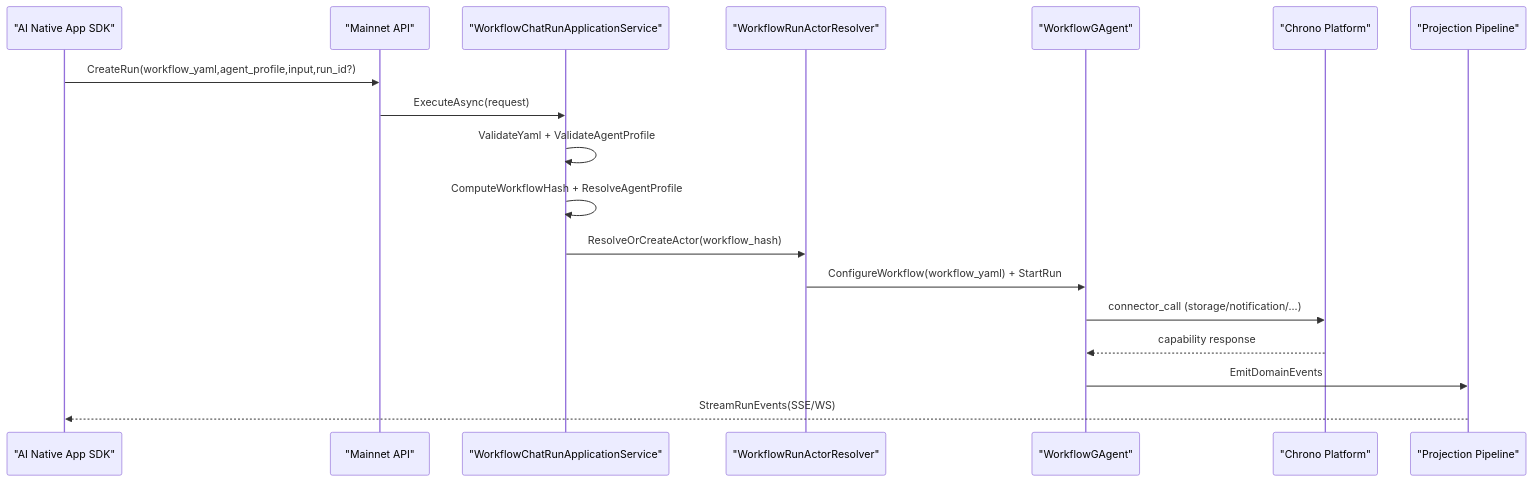
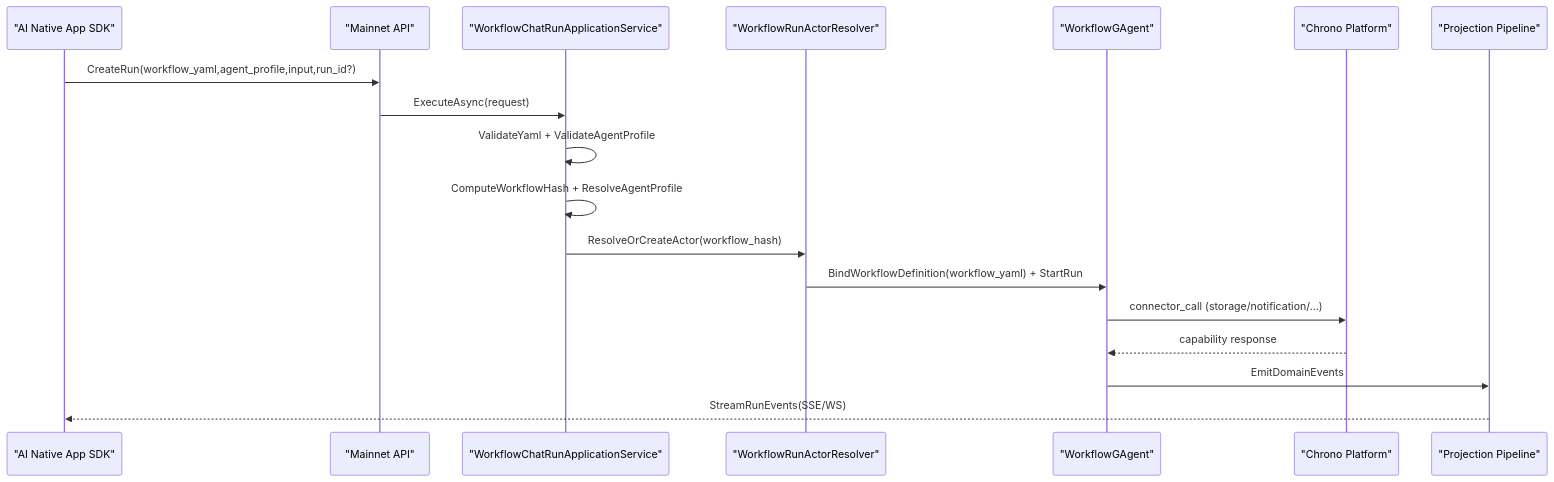
Before and after one commit to aevatarAI/aevatar: diagram 18 of 19 in docs/architecture/AEVATAR_MAINNET_ARCHITECTURE.md, drawn with Mermaid. The commit also changed other lines of this file and 20 other files, not shown here.

First line of the commit message:
Refactor workflow event handling to use BindWorkflowDefinitionEvent

````diff
--- a/docs/architecture/AEVATAR_MAINNET_ARCHITECTURE.md
+++ b/docs/architecture/AEVATAR_MAINNET_ARCHITECTURE.md
@@ -1529,22 +1529,22 @@
 ```mermaid
 %%{init: {"maxTextSize": 100000, "sequence": {"useMaxWidth": false}, "themeVariables": {"fontSize": "10px"}}}%%
 sequenceDiagram
     participant AppSdk as "AI Native App SDK"
     participant MainnetApi as "Mainnet API"
     participant AppService as "WorkflowChatRunApplicationService"
     participant Resolver as "WorkflowRunActorResolver"
     participant WfAgent as "WorkflowGAgent"
     participant Chrono as "Chrono Platform"
     participant Projection as "Projection Pipeline"
 
     AppSdk->>MainnetApi: CreateRun(workflow_yaml,agent_profile,input,run_id?)
     MainnetApi->>AppService: ExecuteAsync(request)
     AppService->>AppService: ValidateYaml + ValidateAgentProfile
     AppService->>AppService: ComputeWorkflowHash + ResolveAgentProfile
     AppService->>Resolver: ResolveOrCreateActor(workflow_hash)
-    Resolver->>WfAgent: ConfigureWorkflow(workflow_yaml) + StartRun
+    Resolver->>WfAgent: BindWorkflowDefinition(workflow_yaml) + StartRun
     WfAgent->>Chrono: connector_call (storage/notification/...)
     Chrono-->>WfAgent: capability response
     WfAgent->>Projection: EmitDomainEvents
     Projection-->>AppSdk: StreamRunEvents(SSE/WS)
 ```
````
